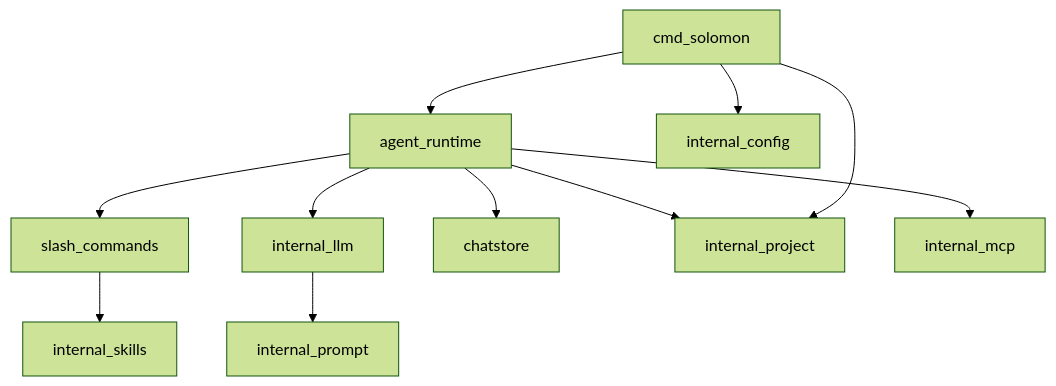
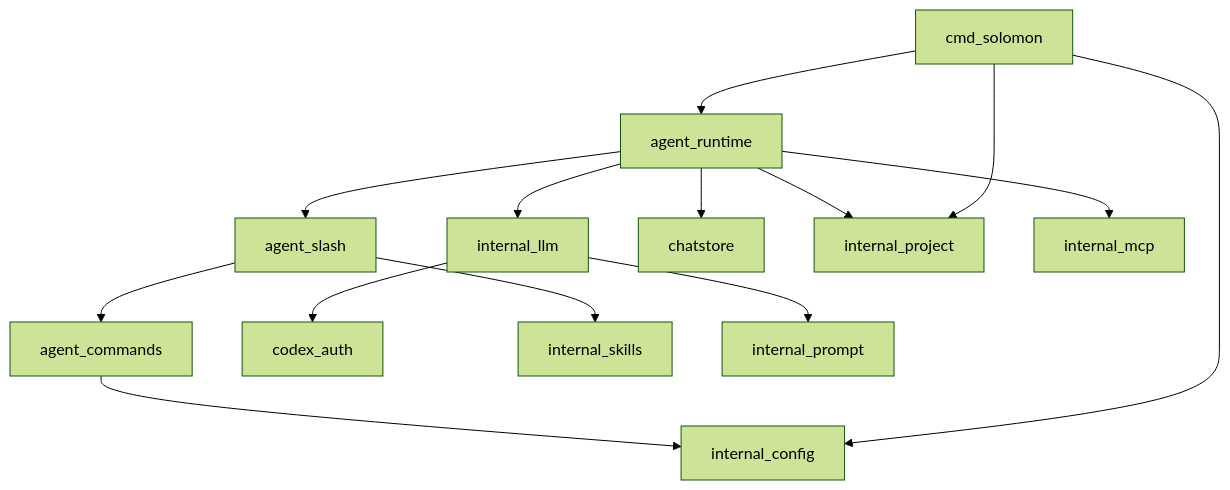
The diagram in docs/architecture/overview.md (SAPPHIR3-ROS3/Solomon), drawn with Mermaid (forest theme) before and after one commit. The commit also changed other lines of this file and 27 other files, not shown here.

````diff
--- a/docs/architecture/overview.md
+++ b/docs/architecture/overview.md
@@ -38,23 +52,28 @@
 ```mermaid
 flowchart TB
   cmd[cmd_solomon]
   runtime[agent_runtime]
-  slash[slash_commands]
+  slash_pkg[agent_slash]
+  commands[agent_commands]
   llm_pkg[internal_llm]
+  auth[codex_auth]
   store[chatstore]
   proj_mod[internal_project]
   skills_pkg[internal_skills]
   prompt_pkg[internal_prompt]
   mcp_pkg[internal_mcp]
   cfg[internal_config]
   cmd --> cfg
   cmd --> proj_mod
   cmd --> runtime
-  runtime --> slash
+  runtime --> slash_pkg
+  slash_pkg --> commands
+  slash_pkg --> skills_pkg
   runtime --> llm_pkg
   runtime --> store
   runtime --> proj_mod
   runtime --> mcp_pkg
-  slash --> skills_pkg
+  llm_pkg --> auth
   llm_pkg --> prompt_pkg
+  commands --> cfg
 ```
````
